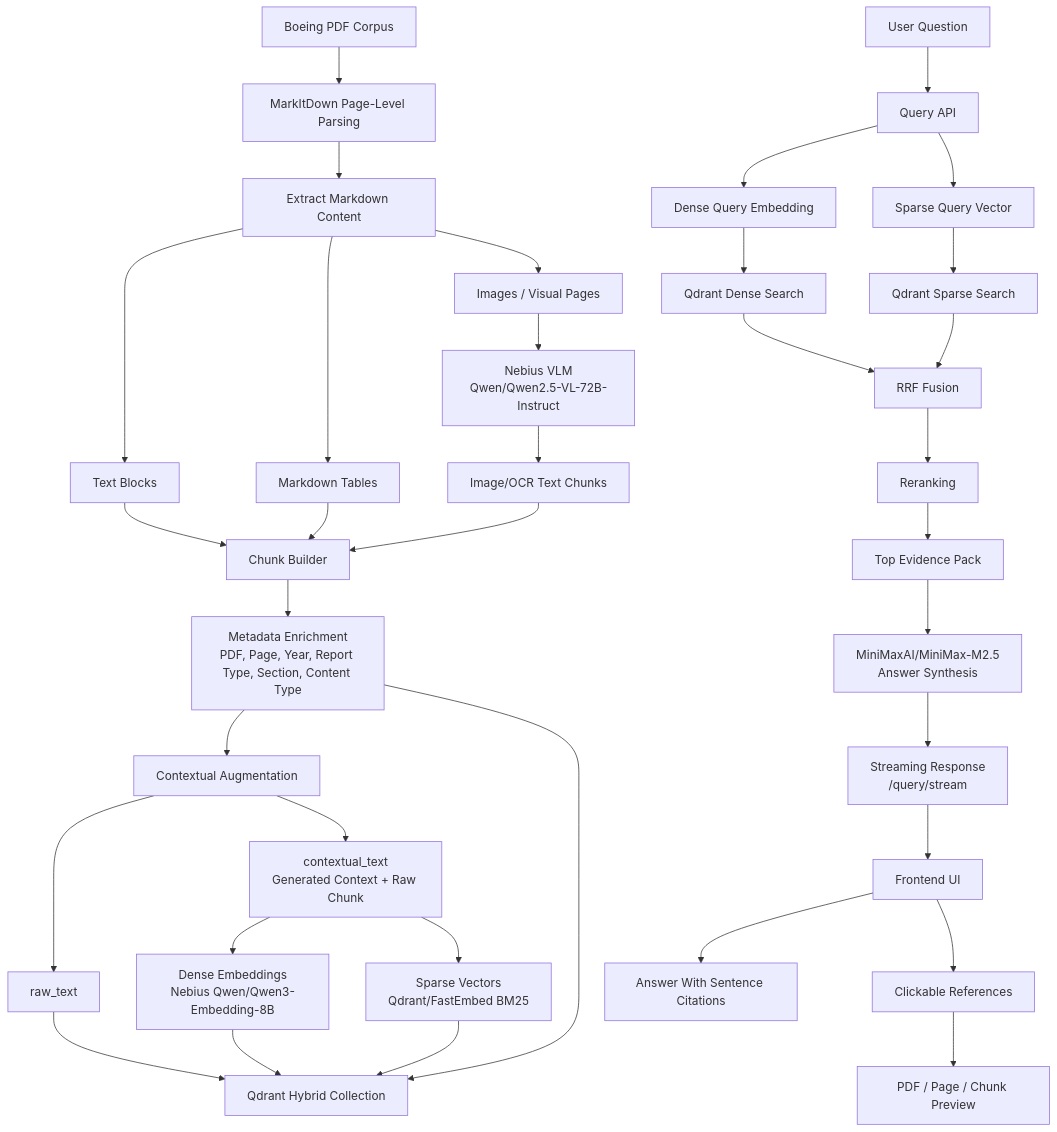
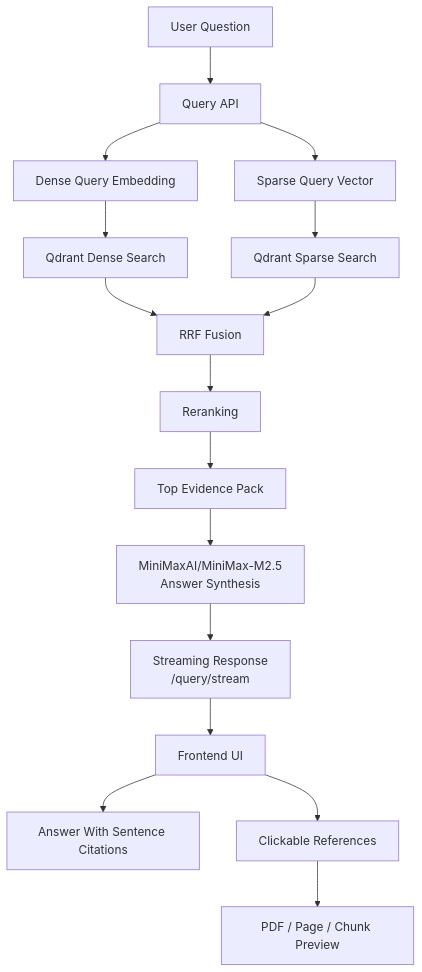
Before and after one commit to maitimeraki/BugBaar-Engine: the diagram in Production Rag/README.md, drawn with Mermaid. The commit also changed other lines of this file, not shown here.

Commit message:
update readme.md file

````diff
--- a/Production Rag/README.md
+++ b/Production Rag/README.md
@@ -11,54 +8,26 @@
 ```mermaid
 flowchart TD
-    A["Boeing PDF Corpus"] --> B["MarkItDown Page-Level Parsing"]
-
-    B --> C["Extract Markdown Content"]
-    C --> D1["Text Blocks"]
-    C --> D2["Markdown Tables"]
-    C --> D3["Images / Visual Pages"]
-
-    D3 --> E["Nebius VLM<br/>Qwen/Qwen2.5-VL-72B-Instruct"]
-    E --> F["Image/OCR Text Chunks"]
-
-    D1 --> G["Chunk Builder"]
-    D2 --> G
-    F --> G
-
-    G --> H["Metadata Enrichment<br/>PDF, Page, Year, Report Type, Section, Content Type"]
-
-    H --> I["Contextual Augmentation"]
-    I --> J["raw_text"]
-    I --> K["contextual_text<br/>Generated Context + Raw Chunk"]
-
-    K --> L1["Dense Embeddings<br/>Nebius Qwen/Qwen3-Embedding-8B"]
-    K --> L2["Sparse Vectors<br/>Qdrant/FastEmbed BM25"]
-
-    L1 --> M["Qdrant Hybrid Collection"]
-    L2 --> M
-    J --> M
-    H --> M
-
     N["User Question"] --> O["Query API"]
 
     O --> P1["Dense Query Embedding"]
     O --> P2["Sparse Query Vector"]
 
     P1 --> Q1["Qdrant Dense Search"]
     P2 --> Q2["Qdrant Sparse Search"]
 
     Q1 --> R["RRF Fusion"]
     Q2 --> R
 
     R --> S["Reranking"]
     S --> T["Top Evidence Pack"]
 
     T --> U["MiniMaxAI/MiniMax-M2.5<br/>Answer Synthesis"]
 
     U --> V["Streaming Response<br/>/query/stream"]
 
     V --> W["Frontend UI"]
     W --> X["Answer With Sentence Citations"]
     W --> Y["Clickable References"]
     Y --> Z["PDF / Page / Chunk Preview"]
 
 ```
````
